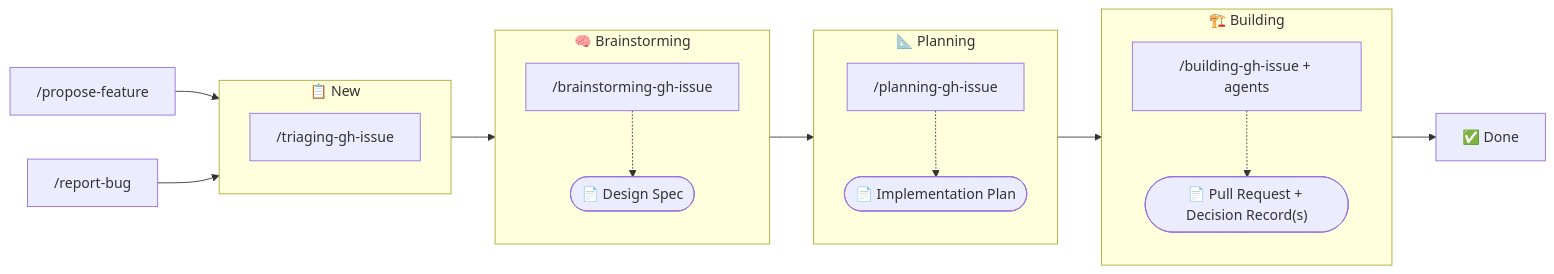
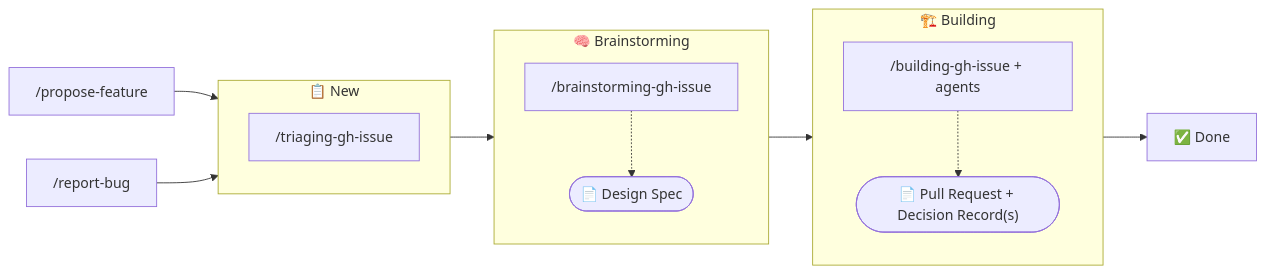
The diagram in README.md (HeadlessTarry/Token-Effort), drawn with Mermaid before and after one commit. The commit also changed other lines of this file and 49 other files, not shown here.

Commit message:
feat: merge planning-gh-issue into building-gh-issue (#155) (#158)

````diff
--- a/README.md
+++ b/README.md
@@ -53,39 +53,31 @@
 ```mermaid
 graph LR
     A1["/propose-feature"]
     A2["/report-bug"]
     DONE["✅ Done"]
 
     subgraph COL1["📋 New"]
         direction TB
         TRIAGE["/triaging-gh-issue"]
     end
 
     subgraph COL2["🧠 Brainstorming"]
         direction TB
         BRAIN["/brainstorming-gh-issue"]
         SPEC(["📄 Design Spec"])
     end
 
-    subgraph COL3["📐 Planning"]
-        direction TB
-        PLAN["/planning-gh-issue"]
-        PLANOUT(["📄 Implementation Plan"])
-    end
-
-    subgraph COL4["🏗️ Building"]
+    subgraph COL3["🏗️ Building"]
         direction TB
         BUILD["/building-gh-issue + agents"]
         PR(["📄 Pull Request + Decision Record(s)"])
     end
 
     A1 --> TRIAGE
     A2 --> TRIAGE
     TRIAGE --> BRAIN
     BRAIN -.-> SPEC
-    BRAIN --> PLAN
-    PLAN -.-> PLANOUT
-    PLAN --> BUILD
+    BRAIN --> BUILD
     BUILD -.-> PR
     BUILD --> DONE
 ```
````
